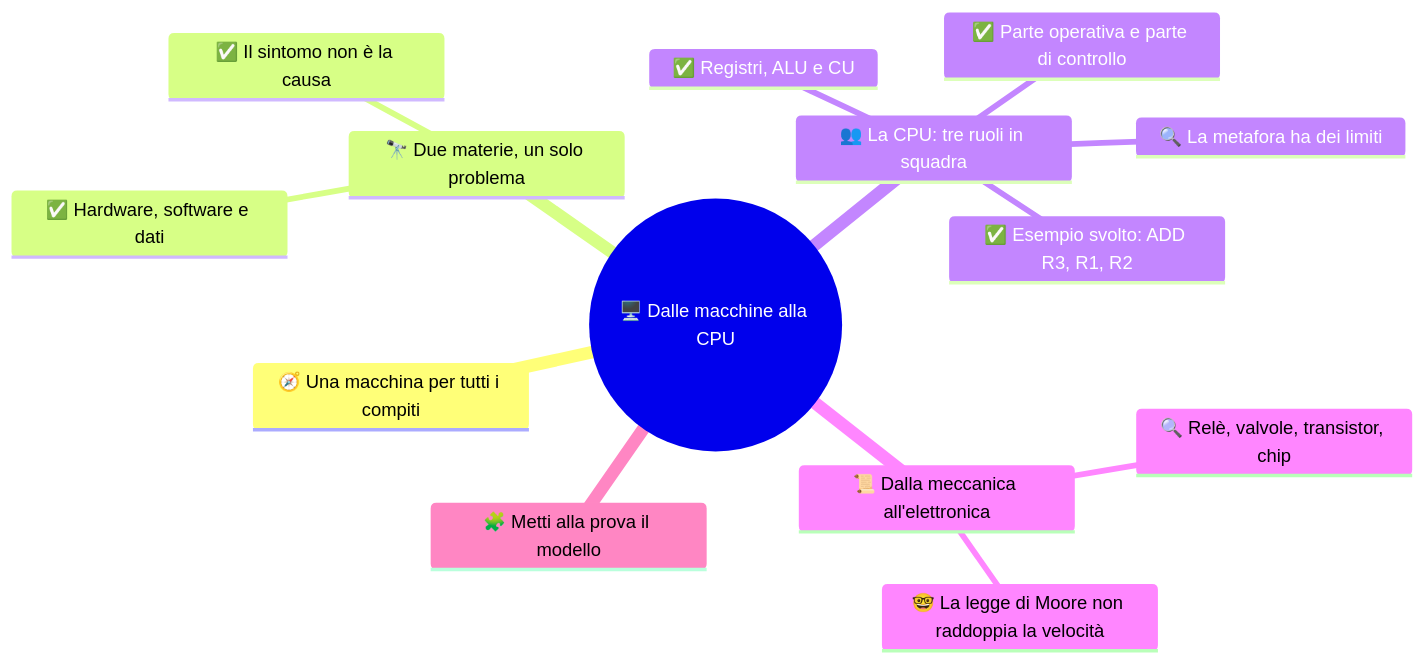
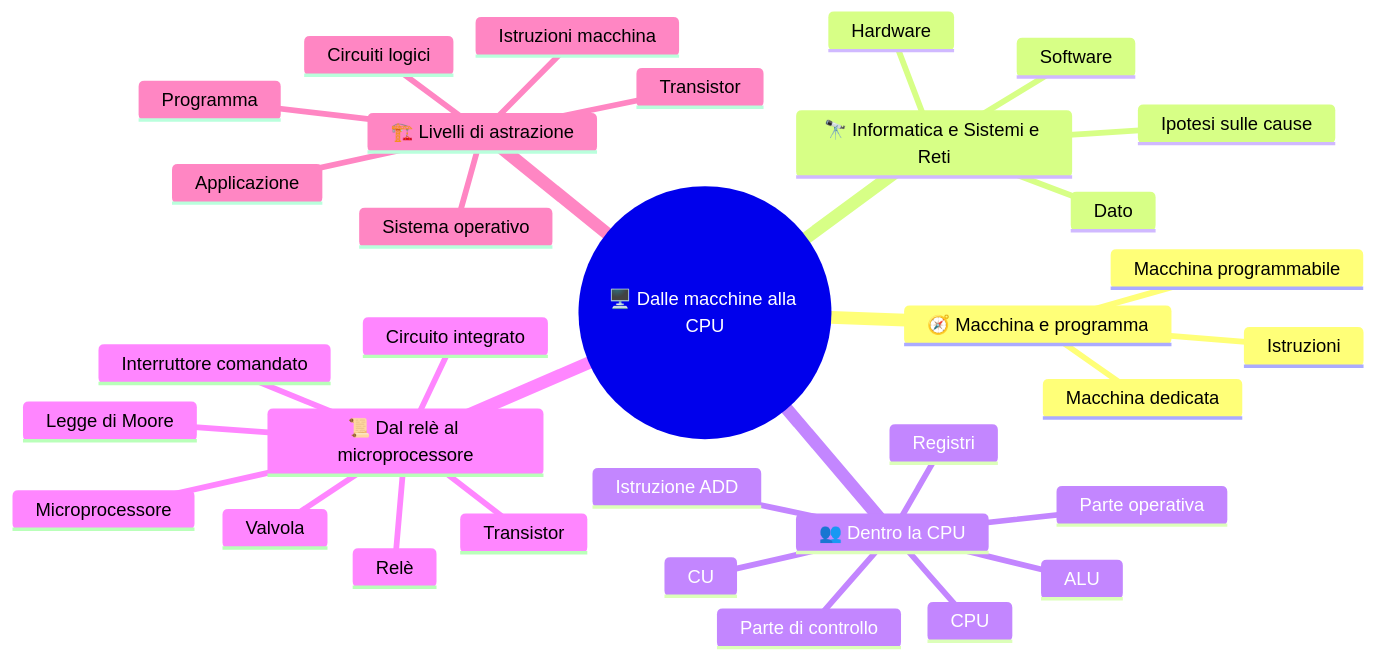
Before and after one commit to Neeqstock/dispense-caramuel: the diagram in 3EI - Sistemi e Reti/1 SETT-OTT/(STU) 3EI sett-ott S1 - Dalle macchine alla CPU.md, drawn with Mermaid. The commit also changed other lines of this file and 45 other files, not shown here.

````diff
--- a/3EI - Sistemi e Reti/1 SETT-OTT/(STU) 3EI sett-ott S1 - Dalle macchine alla CPU.md
+++ b/3EI - Sistemi e Reti/1 SETT-OTT/(STU) 3EI sett-ott S1 - Dalle macchine alla CPU.md
@@ -7,17 +7,40 @@
 ```mermaid
+---
+config:
+  layout: tidy-tree
+---
 mindmap
   root((🖥️ Dalle macchine alla CPU))
-    🧭 Una macchina per tutti i compiti
-    🔭 Due materie, un solo problema
-      ✅ Hardware, software e dati
-      ✅ Il sintomo non è la causa
-    👥 La CPU: tre ruoli in squadra
-      ✅ Registri, ALU e CU
-      ✅ Parte operativa e parte di controllo
-      ✅ Esempio svolto: ADD R3, R1, R2
-      🔍 La metafora ha dei limiti
-    📜 Dalla meccanica all'elettronica
-      🔍 Relè, valvole, transistor, chip
-      🤓 La legge di Moore non raddoppia la velocità
-    🧩 Metti alla prova il modello
+    🧭 Macchina e programma
+      Macchina dedicata
+      Macchina programmabile
+      Istruzioni
+    🔭 Informatica e Sistemi e Reti
+      Hardware
+      Software
+      Dato
+      Ipotesi sulle cause
+    👥 Dentro la CPU
+      CPU
+      Registri
+      ALU
+      CU
+      Parte operativa
+      Parte di controllo
+      Istruzione ADD
+    📜 Dal relè al microprocessore
+      Interruttore comandato
+      Relè
+      Valvola
+      Transistor
+      Circuito integrato
+      Microprocessore
+      Legge di Moore
+    🏗️ Livelli di astrazione
+      Applicazione
+      Programma
+      Sistema operativo
+      Istruzioni macchina
+      Circuiti logici
+      Transistor
 ```
````
